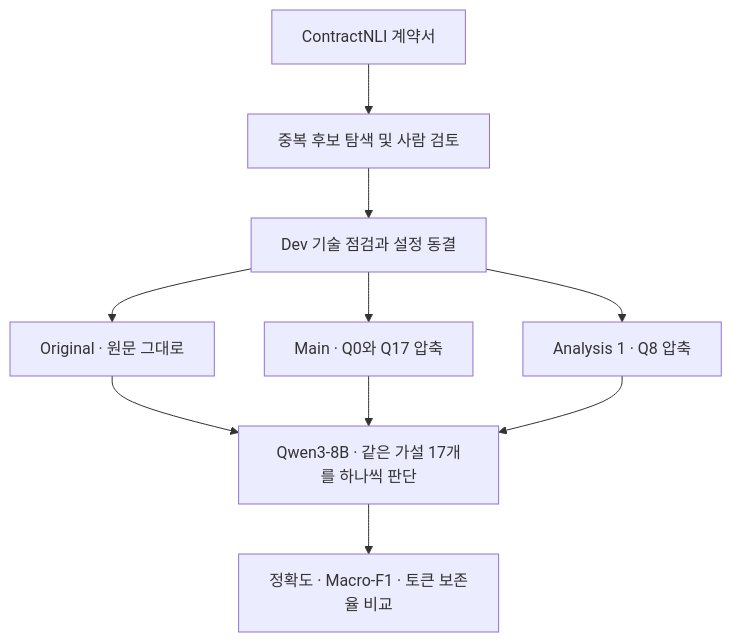
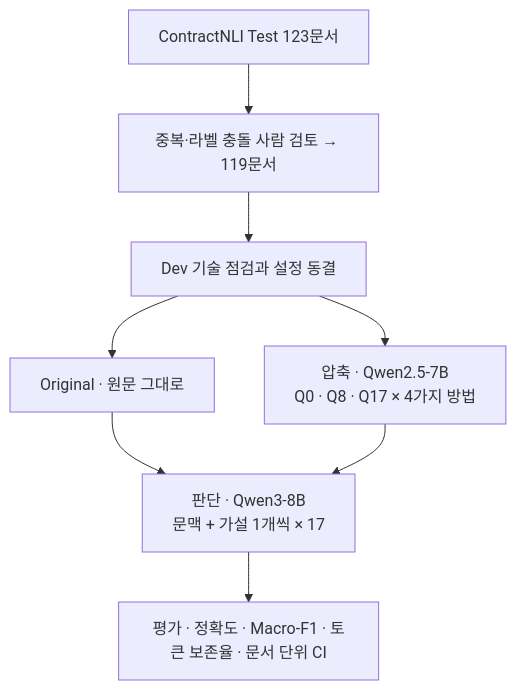
The diagram in README.md (jaehwan7306/nlp-project), drawn with Mermaid before and after one commit. The commit also changed other lines of this file and 77 other files, not shown here.

````diff
--- a/README.md
+++ b/README.md
@@ -32,12 +36,10 @@
 ```mermaid
 flowchart TD
-    A["ContractNLI 계약서"] --> B["중복 후보 탐색 및 사람 검토"]
+    A["ContractNLI Test 123문서"] --> B["중복·라벨 충돌 사람 검토 → 119문서"]
     B --> C["Dev 기술 점검과 설정 동결"]
     C --> D["Original · 원문 그대로"]
-    C --> E["Main · Q0와 Q17 압축"]
-    C --> H["Analysis 1 · Q8 압축"]
-    D --> F["Qwen3-8B · 같은 가설 17개를 하나씩 판단"]
+    C --> E["압축 · Qwen2.5-7B<br/>Q0 · Q8 · Q17 × 4가지 방법"]
+    D --> F["판단 · Qwen3-8B<br/>문맥 + 가설 1개씩 × 17"]
     E --> F
-    H --> F
-    F --> G["정확도 · Macro-F1 · 토큰 보존율 비교"]
+    F --> G["평가 · 정확도 · Macro-F1 · 토큰 보존율 · 문서 단위 CI"]
 ```
````
